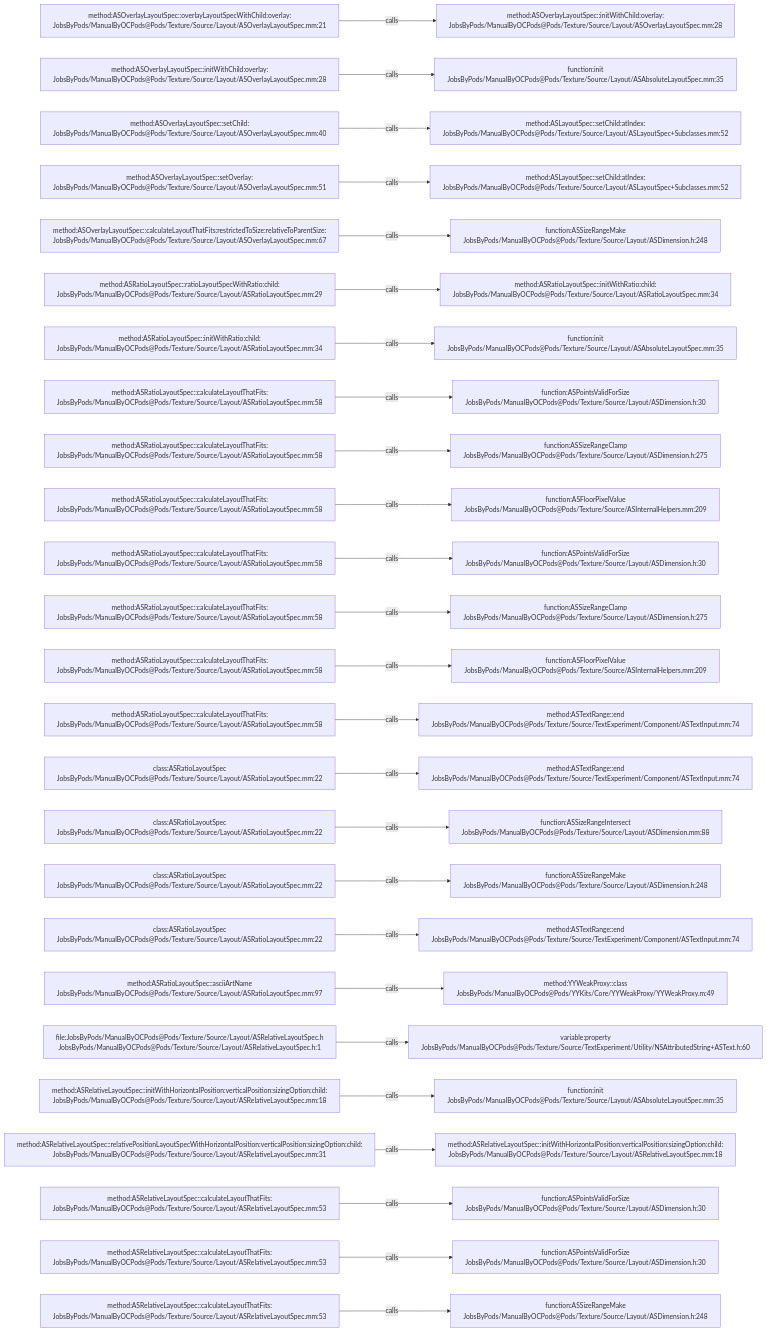
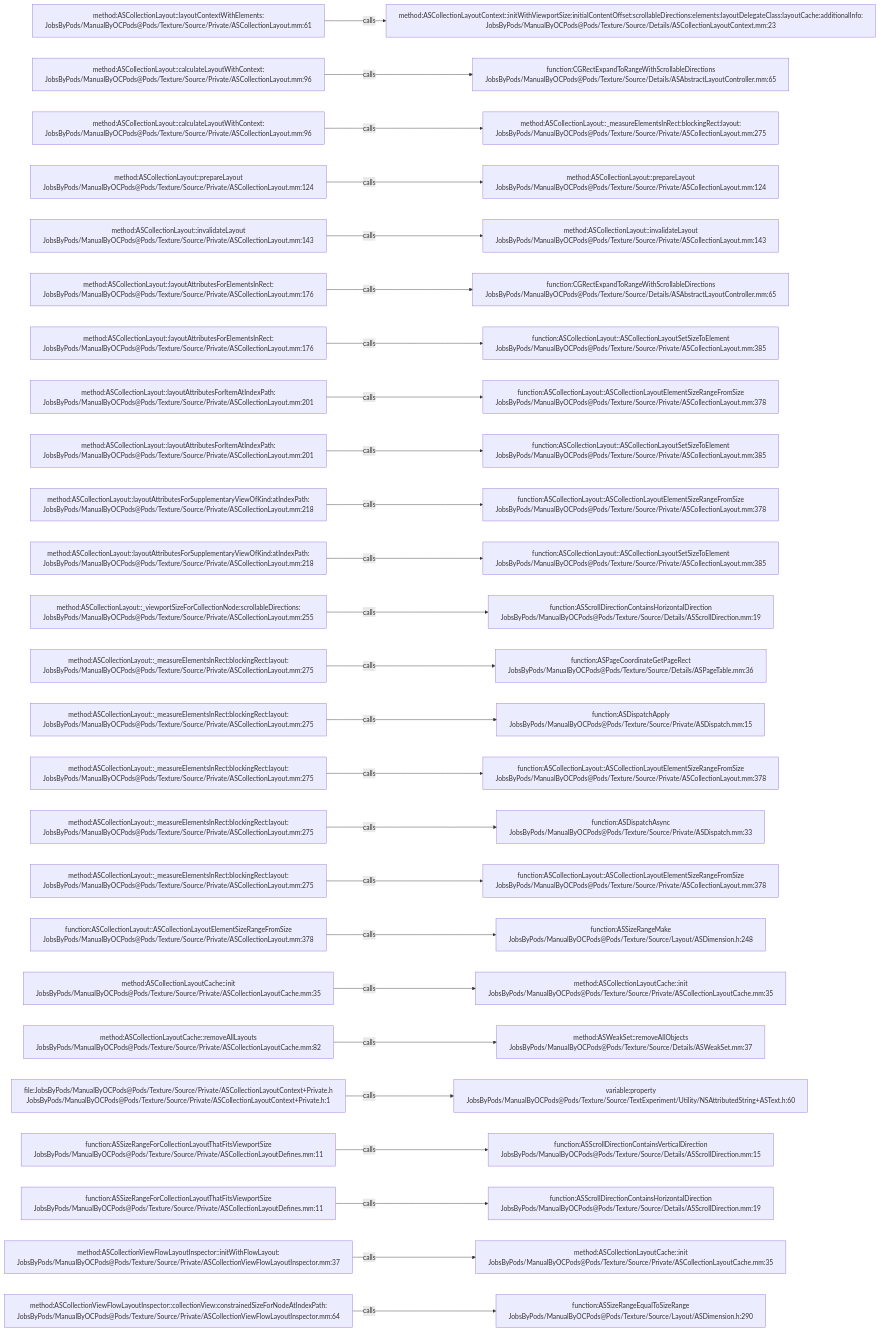
Before and after one commit to JobsKits/JobsOCBaseConfigDemo: the diagram in .codegraph/codegraph.md/graphs/calls-183.md, drawn with Mermaid. The commit also changed 1353 other files, not shown here.

````diff
--- a/.codegraph/codegraph.md/graphs/calls-183.md
+++ b/.codegraph/codegraph.md/graphs/calls-183.md
@@ -13,78 +13,78 @@
 ```mermaid
 flowchart LR
-  S1["method:ASOverlayLayoutSpec::overlayLayoutSpecWithChild:overlay:<br/>JobsByPods/ManualByOCPods@Pods/Texture/Source/Layout/ASOverlayLayoutSpec.mm:21"]
-  T1["method:ASOverlayLayoutSpec::initWithChild:overlay:<br/>JobsByPods/ManualByOCPods@Pods/Texture/Source/Layout/ASOverlayLayoutSpec.mm:28"]
+  S1["method:ASCollectionLayout::layoutContextWithElements:<br/>JobsByPods/ManualByOCPods@Pods/Texture/Source/Private/ASCollectionLayout.mm:61"]
+  T1["method:ASCollectionLayoutContext::initWithViewportSize:initialContentOffset:scrollableDirections:elements:layoutDelegateClass:layoutCache:additionalInfo:<br/>JobsByPods/ManualByOCPods@Pods/Texture/Source/Details/ASCollectionLayoutContext.mm:23"]
   S1 -->|calls| T1
-  S2["method:ASOverlayLayoutSpec::initWithChild:overlay:<br/>JobsByPods/ManualByOCPods@Pods/Texture/Source/Layout/ASOverlayLayoutSpec.mm:28"]
-  T2["function:init<br/>JobsByPods/ManualByOCPods@Pods/Texture/Source/Layout/ASAbsoluteLayoutSpec.mm:35"]
+  S2["method:ASCollectionLayout::calculateLayoutWithContext:<br/>JobsByPods/ManualByOCPods@Pods/Texture/Source/Private/ASCollectionLayout.mm:96"]
+  T2["function:CGRectExpandToRangeWithScrollableDirections<br/>JobsByPods/ManualByOCPods@Pods/Texture/Source/Details/ASAbstractLayoutController.mm:65"]
   S2 -->|calls| T2
-  S3["method:ASOverlayLayoutSpec::setChild:<br/>JobsByPods/ManualByOCPods@Pods/Texture/Source/Layout/ASOverlayLayoutSpec.mm:40"]
-  T3["method:ASLayoutSpec::setChild:atIndex:<br/>JobsByPods/ManualByOCPods@Pods/Texture/Source/Layout/ASLayoutSpec+Subclasses.mm:52"]
+  S3["method:ASCollectionLayout::calculateLayoutWithContext:<br/>JobsByPods/ManualByOCPods@Pods/Texture/Source/Private/ASCollectionLayout.mm:96"]
+  T3["method:ASCollectionLayout::_measureElementsInRect:blockingRect:layout:<br/>JobsByPods/ManualByOCPods@Pods/Texture/Source/Private/ASCollectionLayout.mm:275"]
   S3 -->|calls| T3
-  S4["method:ASOverlayLayoutSpec::setOverlay:<br/>JobsByPods/ManualByOCPods@Pods/Texture/Source/Layout/ASOverlayLayoutSpec.mm:51"]
-  T4["method:ASLayoutSpec::setChild:atIndex:<br/>JobsByPods/ManualByOCPods@Pods/Texture/Source/Layout/ASLayoutSpec+Subclasses.mm:52"]
+  S4["method:ASCollectionLayout::prepareLayout<br/>JobsByPods/ManualByOCPods@Pods/Texture/Source/Private/ASCollectionLayout.mm:124"]
+  T4["method:ASCollectionLayout::prepareLayout<br/>JobsByPods/ManualByOCPods@Pods/Texture/Source/Private/ASCollectionLayout.mm:124"]
   S4 -->|calls| T4
-  S5["method:ASOverlayLayoutSpec::calculateLayoutThatFits:restrictedToSize:relativeToParentSize:<br/>JobsByPods/ManualByOCPods@Pods/Texture/Source/Layout/ASOverlayLayoutSpec.mm:67"]
-  T5["function:ASSizeRangeMake<br/>JobsByPods/ManualByOCPods@Pods/Texture/Source/Layout/ASDimension.h:248"]
+  S5["method:ASCollectionLayout::invalidateLayout<br/>JobsByPods/ManualByOCPods@Pods/Texture/Source/Private/ASCollectionLayout.mm:143"]
+  T5["method:ASCollectionLayout::invalidateLayout<br/>JobsByPods/ManualByOCPods@Pods/Texture/Source/Private/ASCollectionLayout.mm:143"]
   S5 -->|calls| T5
-  S6["method:ASRatioLayoutSpec::ratioLayoutSpecWithRatio:child:<br/>JobsByPods/ManualByOCPods@Pods/Texture/Source/Layout/ASRatioLayoutSpec.mm:29"]
-  T6["method:ASRatioLayoutSpec::initWithRatio:child:<br/>JobsByPods/ManualByOCPods@Pods/Texture/Source/Layout/ASRatioLayoutSpec.mm:34"]
+  S6["method:ASCollectionLayout::layoutAttributesForElementsInRect:<br/>JobsByPods/ManualByOCPods@Pods/Texture/Source/Private/ASCollectionLayout.mm:176"]
+  T6["function:CGRectExpandToRangeWithScrollableDirections<br/>JobsByPods/ManualByOCPods@Pods/Texture/Source/Details/ASAbstractLayoutController.mm:65"]
   S6 -->|calls| T6
-  S7["method:ASRatioLayoutSpec::initWithRatio:child:<br/>JobsByPods/ManualByOCPods@Pods/Texture/Source/Layout/ASRatioLayoutSpec.mm:34"]
-  T7["function:init<br/>JobsByPods/ManualByOCPods@Pods/Texture/Source/Layout/ASAbsoluteLayoutSpec.mm:35"]
+  S7["method:ASCollectionLayout::layoutAttributesForElementsInRect:<br/>JobsByPods/ManualByOCPods@Pods/Texture/Source/Private/ASCollectionLayout.mm:176"]
+  T7["function:ASCollectionLayout::ASCollectionLayoutSetSizeToElement<br/>JobsByPods/ManualByOCPods@Pods/Texture/Source/Private/ASCollectionLayout.mm:385"]
   S7 -->|calls| T7
-  S8["method:ASRatioLayoutSpec::calculateLayoutThatFits:<br/>JobsByPods/ManualByOCPods@Pods/Texture/Source/Layout/ASRatioLayoutSpec.mm:58"]
-  T8["function:ASPointsValidForSize<br/>JobsByPods/ManualByOCPods@Pods/Texture/Source/Layout/ASDimension.h:30"]
+  S8["method:ASCollectionLayout::layoutAttributesForItemAtIndexPath:<br/>JobsByPods/ManualByOCPods@Pods/Texture/Source/Private/ASCollectionLayout.mm:201"]
+  T8["function:ASCollectionLayout::ASCollectionLayoutElementSizeRangeFromSize<br/>JobsByPods/ManualByOCPods@Pods/Texture/Source/Private/ASCollectionLayout.mm:378"]
   S8 -->|calls| T8
-  S9["method:ASRatioLayoutSpec::calculateLayoutThatFits:<br/>JobsByPods/ManualByOCPods@Pods/Texture/Source/Layout/ASRatioLayoutSpec.mm:58"]
-  T9["function:ASSizeRangeClamp<br/>JobsByPods/ManualByOCPods@Pods/Texture/Source/Layout/ASDimension.h:275"]
+  S9["method:ASCollectionLayout::layoutAttributesForItemAtIndexPath:<br/>JobsByPods/ManualByOCPods@Pods/Texture/Source/Private/ASCollectionLayout.mm:201"]
+  T9["function:ASCollectionLayout::ASCollectionLayoutSetSizeToElement<br/>JobsByPods/ManualByOCPods@Pods/Texture/Source/Private/ASCollectionLayout.mm:385"]
   S9 -->|calls| T9
-  S10["method:ASRatioLayoutSpec::calculateLayoutThatFits:<br/>JobsByPods/ManualByOCPods@Pods/Texture/Source/Layout/ASRatioLayoutSpec.mm:58"]
-  T10["function:ASFloorPixelValue<br/>JobsByPods/ManualByOCPods@Pods/Texture/Source/ASInternalHelpers.mm:209"]
+  S10["method:ASCollectionLayout::layoutAttributesForSupplementaryViewOfKind:atIndexPath:<br/>JobsByPods/ManualByOCPods@Pods/Texture/Source/Private/ASCollectionLayout.mm:218"]
+  T10["function:ASCollectionLayout::ASCollectionLayoutElementSizeRangeFromSize<br/>JobsByPods/ManualByOCPods@Pods/Texture/Source/Private/ASCollectionLayout.mm:378"]
   S10 -->|calls| T10
-  S11["method:ASRatioLayoutSpec::calculateLayoutThatFits:<br/>JobsByPods/ManualByOCPods@Pods/Texture/Source/Layout/ASRatioLayoutSpec.mm:58"]
-  T11["function:ASPointsValidForSize<br/>JobsByPods/ManualByOCPods@Pods/Texture/Source/Layout/ASDimension.h:30"]
+  S11["method:ASCollectionLayout::layoutAttributesForSupplementaryViewOfKind:atIndexPath:<br/>JobsByPods/ManualByOCPods@Pods/Texture/Source/Private/ASCollectionLayout.mm:218"]
+  T11["function:ASCollectionLayout::ASCollectionLayoutSetSizeToElement<br/>JobsByPods/ManualByOCPods@Pods/Texture/Source/Private/ASCollectionLayout.mm:385"]
   S11 -->|calls| T11
-  S12["method:ASRatioLayoutSpec::calculateLayoutThatFits:<br/>JobsByPods/ManualByOCPods@Pods/Texture/Source/Layout/ASRatioLayoutSpec.mm:58"]
-  T12["function:ASSizeRangeClamp<br/>JobsByPods/ManualByOCPods@Pods/Texture/Source/Layout/ASDimension.h:275"]
+  S12["method:ASCollectionLayout::_viewportSizeForCollectionNode:scrollableDirections:<br/>JobsByPods/ManualByOCPods@Pods/Texture/Source/Private/ASCollectionLayout.mm:255"]
+  T12["function:ASScrollDirectionContainsHorizontalDirection<br/>JobsByPods/ManualByOCPods@Pods/Texture/Source/Details/ASScrollDirection.mm:19"]
   S12 -->|calls| T12
-  S13["method:ASRatioLayoutSpec::calculateLayoutThatFits:<br/>JobsByPods/ManualByOCPods@Pods/Texture/Source/Layout/ASRatioLayoutSpec.mm:58"]
-  T13["function:ASFloorPixelValue<br/>JobsByPods/ManualByOCPods@Pods/Texture/Source/ASInternalHelpers.mm:209"]
+  S13["method:ASCollectionLayout::_measureElementsInRect:blockingRect:layout:<br/>JobsByPods/ManualByOCPods@Pods/Texture/Source/Private/ASCollectionLayout.mm:275"]
+  T13["function:ASPageCoordinateGetPageRect<br/>JobsByPods/ManualByOCPods@Pods/Texture/Source/Details/ASPageTable.mm:36"]
   S13 -->|calls| T13
-  S14["method:ASRatioLayoutSpec::calculateLayoutThatFits:<br/>JobsByPods/ManualByOCPods@Pods/Texture/Source/Layout/ASRatioLayoutSpec.mm:58"]
-  T14["method:ASTextRange::end<br/>JobsByPods/ManualByOCPods@Pods/Texture/Source/TextExperiment/Component/ASTextInput.mm:74"]
+  S14["method:ASCollectionLayout::_measureElementsInRect:blockingRect:layout:<br/>JobsByPods/ManualByOCPods@Pods/Texture/Source/Private/ASCollectionLayout.mm:275"]
+  T14["function:ASDispatchApply<br/>JobsByPods/ManualByOCPods@Pods/Texture/Source/Private/ASDispatch.mm:15"]
   S14 -->|calls| T14
-  S15["class:ASRatioLayoutSpec<br/>JobsByPods/ManualByOCPods@Pods/Texture/Source/Layout/ASRatioLayoutSpec.mm:22"]
-  T15["method:ASTextRange::end<br/>JobsByPods/ManualByOCPods@Pods/Texture/Source/TextExperiment/Component/ASTextInput.mm:74"]
+  S15["method:ASCollectionLayout::_measureElementsInRect:blockingRect:layout:<br/>JobsByPods/ManualByOCPods@Pods/Texture/Source/Private/ASCollectionLayout.mm:275"]
+  T15["function:ASCollectionLayout::ASCollectionLayoutElementSizeRangeFromSize<br/>JobsByPods/ManualByOCPods@Pods/Texture/Source/Private/ASCollectionLayout.mm:378"]
   S15 -->|calls| T15
-  S16["class:ASRatioLayoutSpec<br/>JobsByPods/ManualByOCPods@Pods/Texture/Source/Layout/ASRatioLayoutSpec.mm:22"]
-  T16["function:ASSizeRangeIntersect<br/>JobsByPods/ManualByOCPods@Pods/Texture/Source/Layout/ASDimension.mm:88"]
+  S16["method:ASCollectionLayout::_measureElementsInRect:blockingRect:layout:<br/>JobsByPods/ManualByOCPods@Pods/Texture/Source/Private/ASCollectionLayout.mm:275"]
+  T16["function:ASDispatchAsync<br/>JobsByPods/ManualByOCPods@Pods/Texture/Source/Private/ASDispatch.mm:33"]
   S16 -->|calls| T16
-  S17["class:ASRatioLayoutSpec<br/>JobsByPods/ManualByOCPods@Pods/Texture/Source/Layout/ASRatioLayoutSpec.mm:22"]
-  T17["function:ASSizeRangeMake<br/>JobsByPods/ManualByOCPods@Pods/Texture/Source/Layout/ASDimension.h:248"]
+  S17["method:ASCollectionLayout::_measureElementsInRect:blockingRect:layout:<br/>JobsByPods/ManualByOCPods@Pods/Texture/Source/Private/ASCollectionLayout.mm:275"]
+  T17["function:ASCollectionLayout::ASCollectionLayoutElementSizeRangeFromSize<br/>JobsByPods/ManualByOCPods@Pods/Texture/Source/Private/ASCollectionLayout.mm:378"]
   S17 -->|calls| T17
-  S18["class:ASRatioLayoutSpec<br/>JobsByPods/ManualByOCPods@Pods/Texture/Source/Layout/ASRatioLayoutSpec.mm:22"]
-  T18["method:ASTextRange::end<br/>JobsByPods/ManualByOCPods@Pods/Texture/Source/TextExperiment/Component/ASTextInput.mm:74"]
+  S18["function:ASCollectionLayout::ASCollectionLayoutElementSizeRangeFromSize<br/>JobsByPods/ManualByOCPods@Pods/Texture/Source/Private/ASCollectionLayout.mm:378"]
+  T18["function:ASSizeRangeMake<br/>JobsByPods/ManualByOCPods@Pods/Texture/Source/Layout/ASDimension.h:248"]
   S18 -->|calls| T18
-  S19["method:ASRatioLayoutSpec::asciiArtName<br/>JobsByPods/ManualByOCPods@Pods/Texture/Source/Layout/ASRatioLayoutSpec.mm:97"]
-  T19["method:YYWeakProxy::class<br/>JobsByPods/ManualByOCPods@Pods/YYKits/Core/YYWeakProxy/YYWeakProxy.m:49"]
+  S19["method:ASCollectionLayoutCache::init<br/>JobsByPods/ManualByOCPods@Pods/Texture/Source/Private/ASCollectionLayoutCache.mm:35"]
+  T19["method:ASCollectionLayoutCache::init<br/>JobsByPods/ManualByOCPods@Pods/Texture/Source/Private/ASCollectionLayoutCache.mm:35"]
   S19 -->|calls| T19
-  S20["file:JobsByPods/ManualByOCPods@Pods/Texture/Source/Layout/ASRelativeLayoutSpec.h<br/>JobsByPods/ManualByOCPods@Pods/Texture/Source/Layout/ASRelativeLayoutSpec.h:1"]
-  T20["variable:property<br/>JobsByPods/ManualByOCPods@Pods/Texture/Source/TextExperiment/Utility/NSAttributedString+ASText.h:60"]
+  S20["method:ASCollectionLayoutCache::removeAllLayouts<br/>JobsByPods/ManualByOCPods@Pods/Texture/Source/Private/ASCollectionLayoutCache.mm:82"]
+  T20["method:ASWeakSet::removeAllObjects<br/>JobsByPods/ManualByOCPods@Pods/Texture/Source/Details/ASWeakSet.mm:37"]
   S20 -->|calls| T20
-  S21["method:ASRelativeLayoutSpec::initWithHorizontalPosition:verticalPosition:sizingOption:child:<br/>JobsByPods/ManualByOCPods@Pods/Texture/Source/Layout/ASRelativeLayoutSpec.mm:18"]
-  T21["function:init<br/>JobsByPods/ManualByOCPods@Pods/Texture/Source/Layout/ASAbsoluteLayoutSpec.mm:35"]
+  S21["file:JobsByPods/ManualByOCPods@Pods/Texture/Source/Private/ASCollectionLayoutContext+Private.h<br/>JobsByPods/ManualByOCPods@Pods/Texture/Source/Private/ASCollectionLayoutContext+Private.h:1"]
+  T21["variable:property<br/>JobsByPods/ManualByOCPods@Pods/Texture/Source/TextExperiment/Utility/NSAttributedString+ASText.h:60"]
   S21 -->|calls| T21
-  S22["method:ASRelativeLayoutSpec::relativePositionLayoutSpecWithHorizontalPosition:verticalPosition:sizingOption:child:<br/>JobsByPods/ManualByOCPods@Pods/Texture/Source/Layout/ASRelativeLayoutSpec.mm:31"]
-  T22["method:ASRelativeLayoutSpec::initWithHorizontalPosition:verticalPosition:sizingOption:child:<br/>JobsByPods/ManualByOCPods@Pods/Texture/Source/Layout/ASRelativeLayoutSpec.mm:18"]
+  S22["function:ASSizeRangeForCollectionLayoutThatFitsViewportSize<br/>JobsByPods/ManualByOCPods@Pods/Texture/Source/Private/ASCollectionLayoutDefines.mm:11"]
+  T22["function:ASScrollDirectionContainsVerticalDirection<br/>JobsByPods/ManualByOCPods@Pods/Texture/Source/Details/ASScrollDirection.mm:15"]
   S22 -->|calls| T22
-  S23["method:ASRelativeLayoutSpec::calculateLayoutThatFits:<br/>JobsByPods/ManualByOCPods@Pods/Texture/Source/Layout/ASRelativeLayoutSpec.mm:53"]
-  T23["function:ASPointsValidForSize<br/>JobsByPods/ManualByOCPods@Pods/Texture/Source/Layout/ASDimension.h:30"]
+  S23["function:ASSizeRangeForCollectionLayoutThatFitsViewportSize<br/>JobsByPods/ManualByOCPods@Pods/Texture/Source/Private/ASCollectionLayoutDefines.mm:11"]
+  T23["function:ASScrollDirectionContainsHorizontalDirection<br/>JobsByPods/ManualByOCPods@Pods/Texture/Source/Details/ASScrollDirection.mm:19"]
   S23 -->|calls| T23
-  S24["method:ASRelativeLayoutSpec::calculateLayoutThatFits:<br/>JobsByPods/ManualByOCPods@Pods/Texture/Source/Layout/ASRelativeLayoutSpec.mm:53"]
-  T24["function:ASPointsValidForSize<br/>JobsByPods/ManualByOCPods@Pods/Texture/Source/Layout/ASDimension.h:30"]
+  S24["method:ASCollectionViewFlowLayoutInspector::initWithFlowLayout:<br/>JobsByPods/ManualByOCPods@Pods/Texture/Source/Private/ASCollectionViewFlowLayoutInspector.mm:37"]
+  T24["method:ASCollectionLayoutCache::init<br/>JobsByPods/ManualByOCPods@Pods/Texture/Source/Private/ASCollectionLayoutCache.mm:35"]
   S24 -->|calls| T24
-  S25["method:ASRelativeLayoutSpec::calculateLayoutThatFits:<br/>JobsByPods/ManualByOCPods@Pods/Texture/Source/Layout/ASRelativeLayoutSpec.mm:53"]
-  T25["function:ASSizeRangeMake<br/>JobsByPods/ManualByOCPods@Pods/Texture/Source/Layout/ASDimension.h:248"]
+  S25["method:ASCollectionViewFlowLayoutInspector::collectionView:constrainedSizeForNodeAtIndexPath:<br/>JobsByPods/ManualByOCPods@Pods/Texture/Source/Private/ASCollectionViewFlowLayoutInspector.mm:64"]
+  T25["function:ASSizeRangeEqualToSizeRange<br/>JobsByPods/ManualByOCPods@Pods/Texture/Source/Layout/ASDimension.h:290"]
   S25 -->|calls| T25
 ```
````
